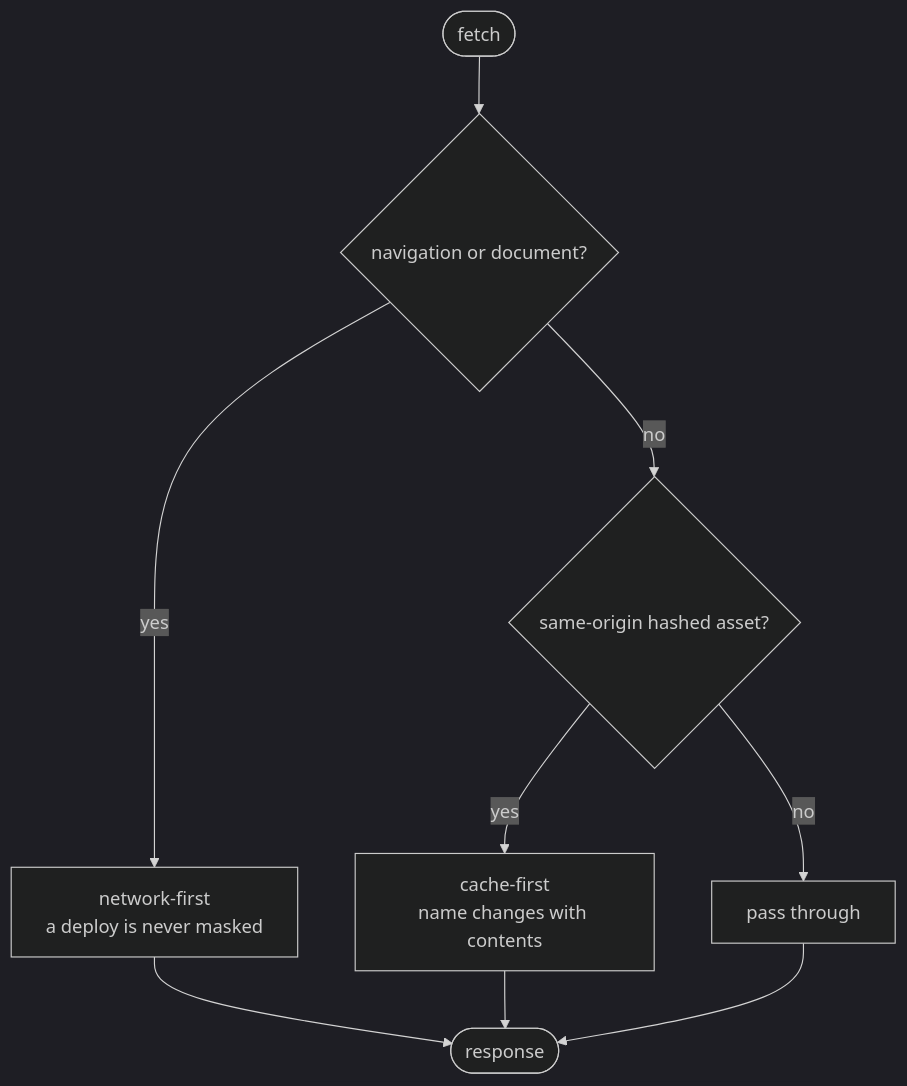
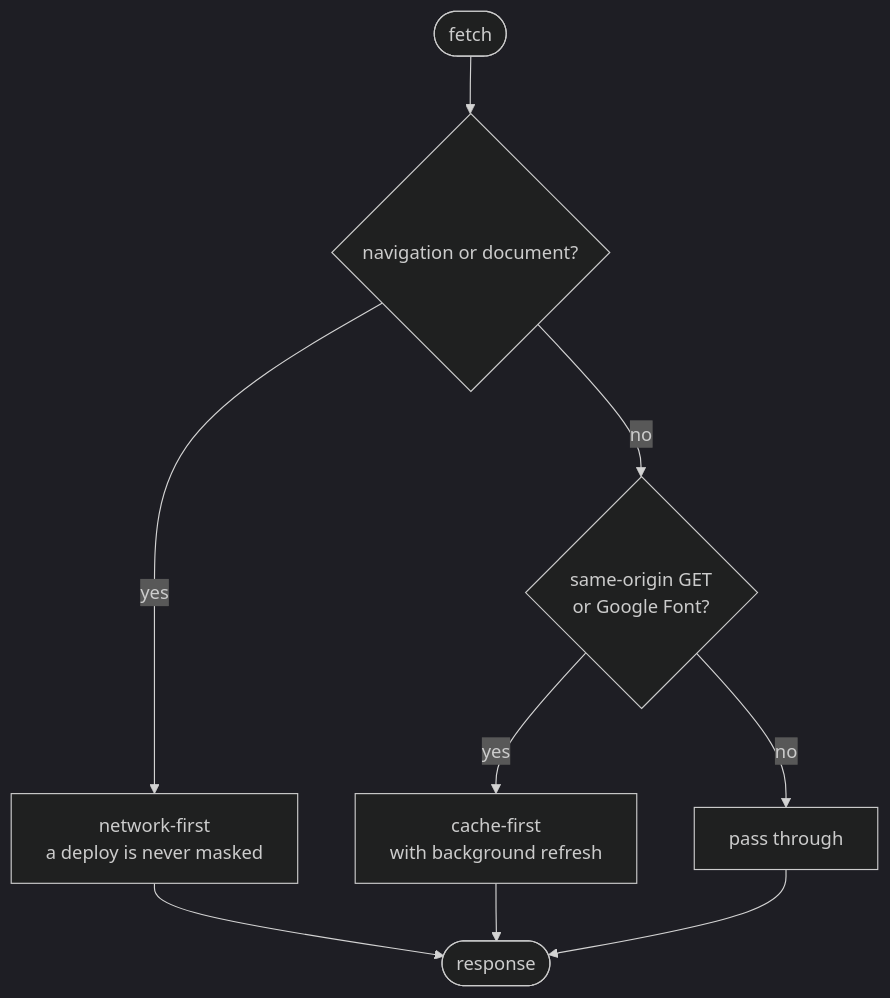
One commit to Pritesh1980/sable changed the seventh of 8 diagrams in docs/ARCHITECTURE.md. Above: the diagram before and after it, drawn with Mermaid (dark theme). The commit also changed other lines of this file and 3 other files, not shown here.

Commit message:
docs(architecture): correct runtime limits

````diff
--- a/docs/ARCHITECTURE.md
+++ b/docs/ARCHITECTURE.md
@@ -350,11 +350,11 @@
 ```mermaid
 flowchart TB
   REQ(["fetch"]) --> Q1{"navigation or document?"}
   Q1 -- yes --> NF["network-first<br/>a deploy is never masked"]
-  Q1 -- no --> Q2{"same-origin hashed asset?"}
-  Q2 -- yes --> CF["cache-first<br/>name changes with contents"]
+  Q1 -- no --> Q2{"same-origin GET<br/>or Google Font?"}
+  Q2 -- yes --> CF["cache-first<br/>with background refresh"]
   Q2 -- no --> PASS["pass through"]
   NF --> OK([response])
   CF --> OK
   PASS --> OK
 ```
````
